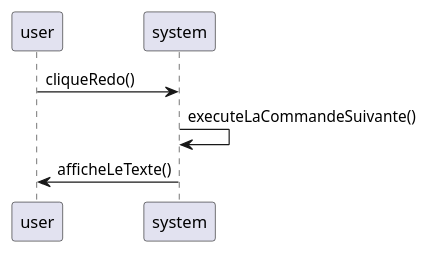
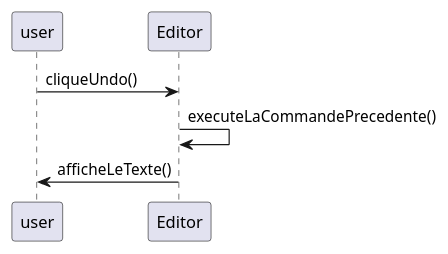
One commit to kiurow590/ESIR2_OMD_Project_Editor changed the ninth of 10 diagrams in Readme.md. Above: the diagram before and after it, drawn with PlantUML. The commit also changed other lines of this file and 6 other files, not shown here.

Commit message:
Mise a jour du readme avec ajout de la V1 + image et correction des diagramme + ajout de la V2 avec diag mais en attente de rediscussion

````diff
--- a/Readme.md
+++ b/Readme.md
@@ -453,8 +428,8 @@
 ```plantuml
 @startuml
 'https://plantuml.com/sequence-diagram
-user -> system: cliqueRedo()
-system -> system: executeLaCommandeSuivante()
-system -> user: afficheLeTexte()
+user -> Editor: cliqueUndo()
+Editor -> Editor: executeLaCommandePrecedente()
+Editor -> user: afficheLeTexte()
 @enduml
 ```
````
